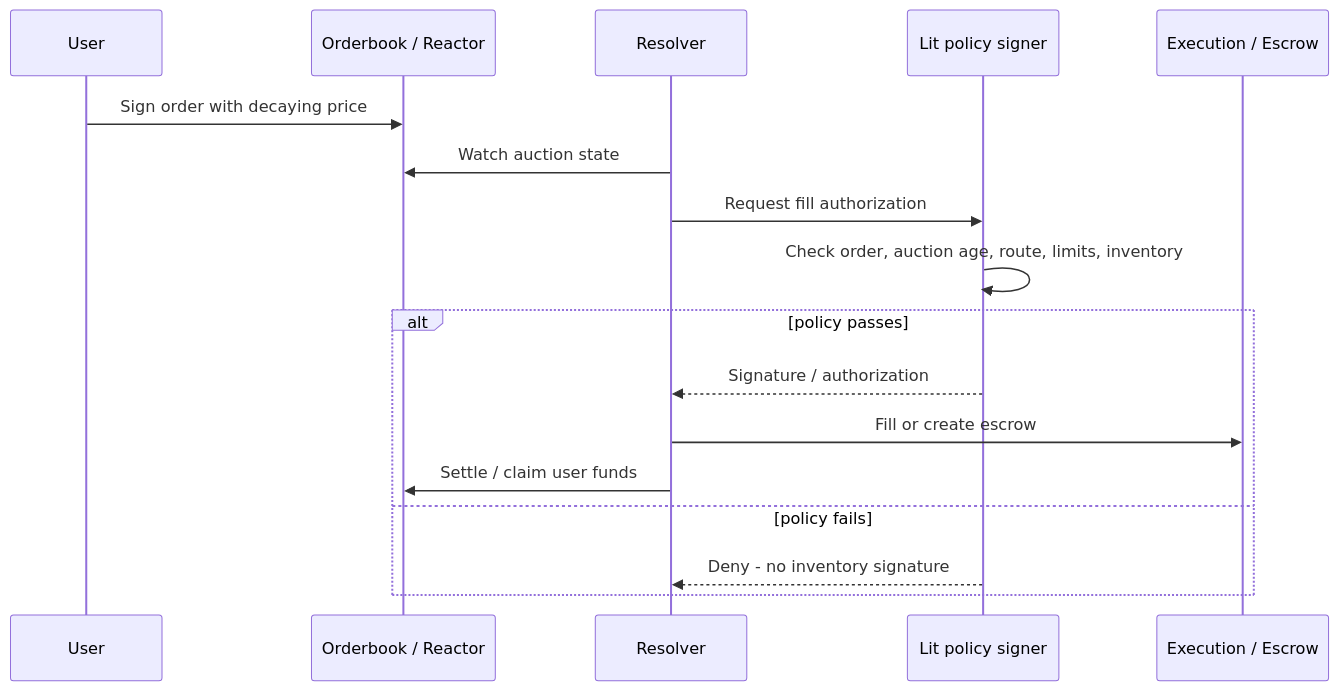
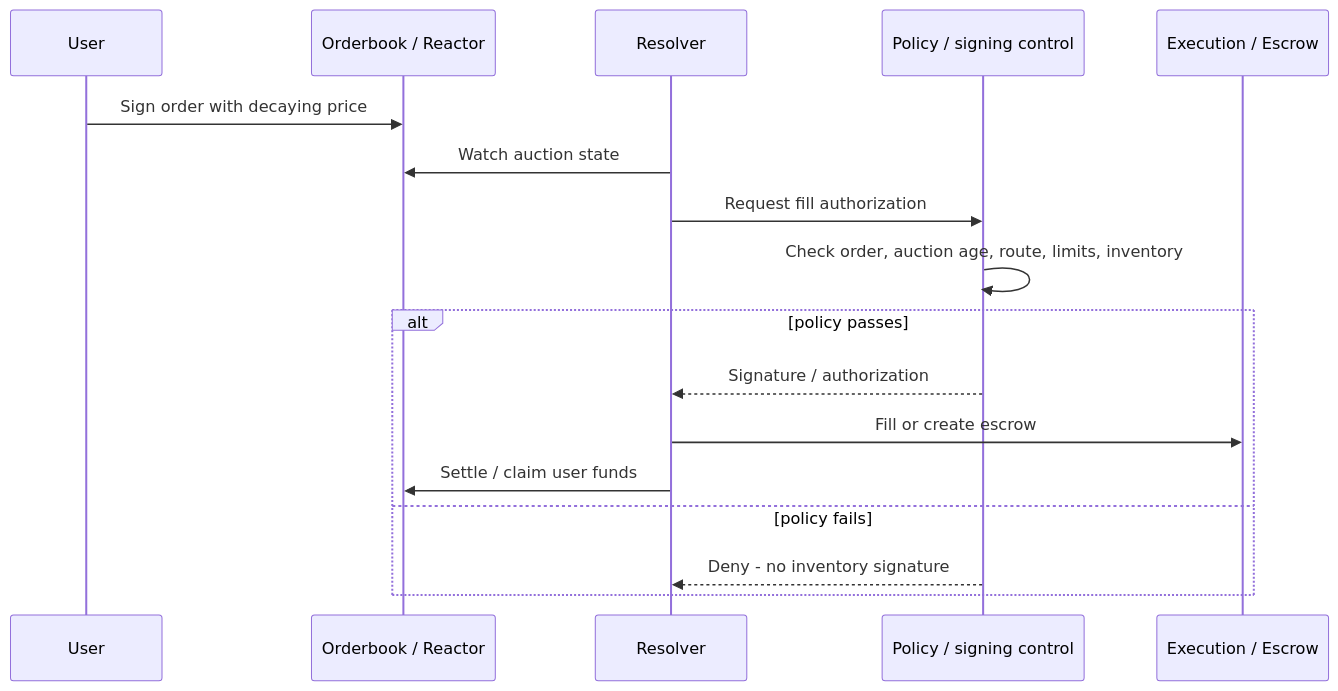
Before and after one commit to LIT-Protocol/chipotle: the first of 6 diagrams in plans/cross-chain-solver-report.md, drawn with Mermaid. The commit also changed other lines of this file, not shown here.

````diff
--- a/plans/cross-chain-solver-report.md
+++ b/plans/cross-chain-solver-report.md
@@ -367,20 +329,20 @@
 ```mermaid
 sequenceDiagram
   participant User
   participant Orderbook as Orderbook / Reactor
   participant Resolver
-  participant Lit as Lit policy signer
+  participant Control as Policy / signing control
   participant Dest as Execution / Escrow
 
   User->>Orderbook: Sign order with decaying price
   Resolver->>Orderbook: Watch auction state
-  Resolver->>Lit: Request fill authorization
-  Lit->>Lit: Check order, auction age, route, limits, inventory
+  Resolver->>Control: Request fill authorization
+  Control->>Control: Check order, auction age, route, limits, inventory
   alt policy passes
-    Lit-->>Resolver: Signature / authorization
+    Control-->>Resolver: Signature / authorization
     Resolver->>Dest: Fill or create escrow
     Resolver->>Orderbook: Settle / claim user funds
   else policy fails
-    Lit-->>Resolver: Deny - no inventory signature
+    Control-->>Resolver: Deny - no inventory signature
   end
 ```
````
